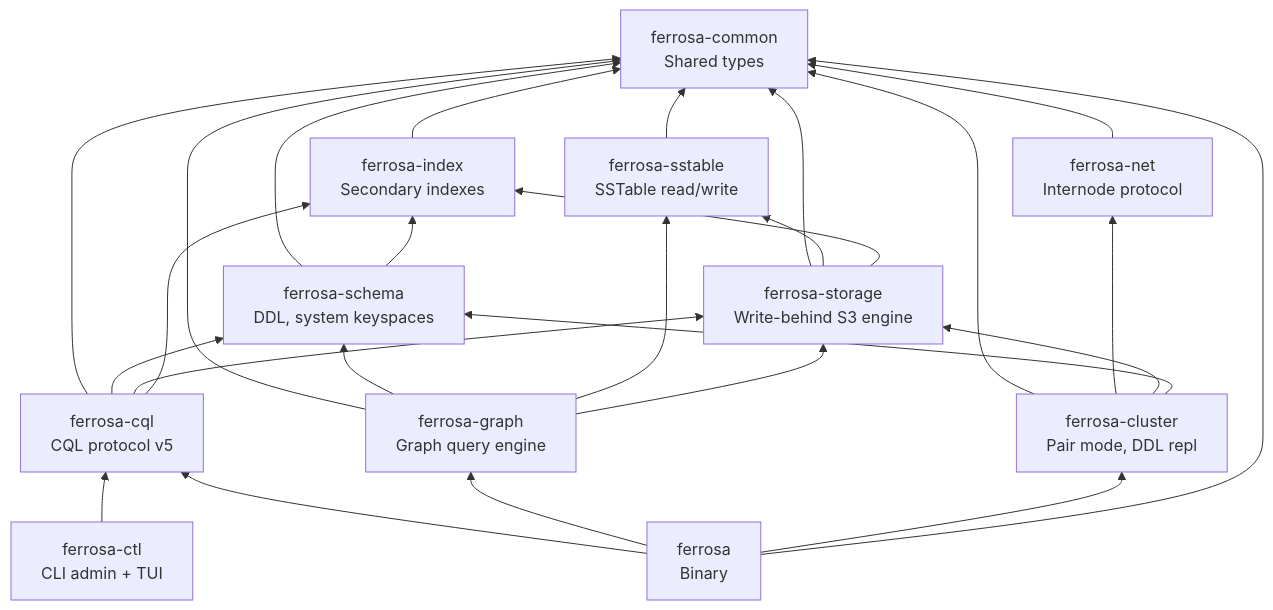
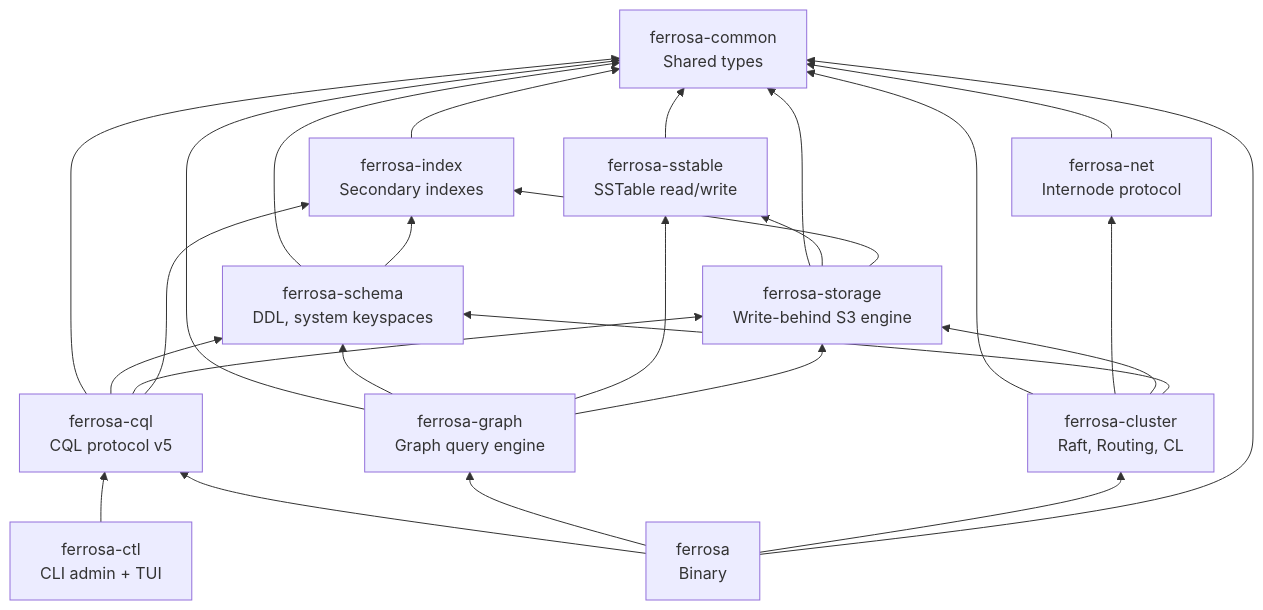
The first of 2 diagrams in specs/components.md (ferrosadb/ferrosa), drawn with Mermaid before and after one commit. The commit also changed other lines of this file and 7 other files, not shown here.

````diff
--- a/specs/components.md
+++ b/specs/components.md
@@ -12,40 +12,40 @@
 ```mermaid
 graph BT
     Common[ferrosa-common<br/>Shared types]
     SST[ferrosa-sstable<br/>SSTable read/write]
     Index[ferrosa-index<br/>Secondary indexes]
     Net[ferrosa-net<br/>Internode protocol]
     Storage[ferrosa-storage<br/>Write-behind S3 engine]
     Schema[ferrosa-schema<br/>DDL, system keyspaces]
     CQL[ferrosa-cql<br/>CQL protocol v5]
     Graph[ferrosa-graph<br/>Graph query engine]
-    Cluster[ferrosa-cluster<br/>Pair mode, DDL repl]
+    Cluster[ferrosa-cluster<br/>Raft, Routing, CL]
     Ctl[ferrosa-ctl<br/>CLI admin + TUI]
     Bin[ferrosa<br/>Binary]
 
     SST --> Common
     Index --> Common
     Net --> Common
     Storage --> Common
     Storage --> SST
     Storage --> Index
     Schema --> Common
     Schema --> Index
     CQL --> Common
     CQL --> Schema
     CQL --> Storage
     CQL --> Index
     Graph --> Common
     Graph --> Schema
     Graph --> SST
     Graph --> Storage
     Cluster --> Common
     Cluster --> Net
     Cluster --> Storage
     Cluster --> Schema
     Ctl --> CQL
     Bin --> CQL
     Bin --> Graph
     Bin --> Cluster
     Bin --> Common
 ```
````
